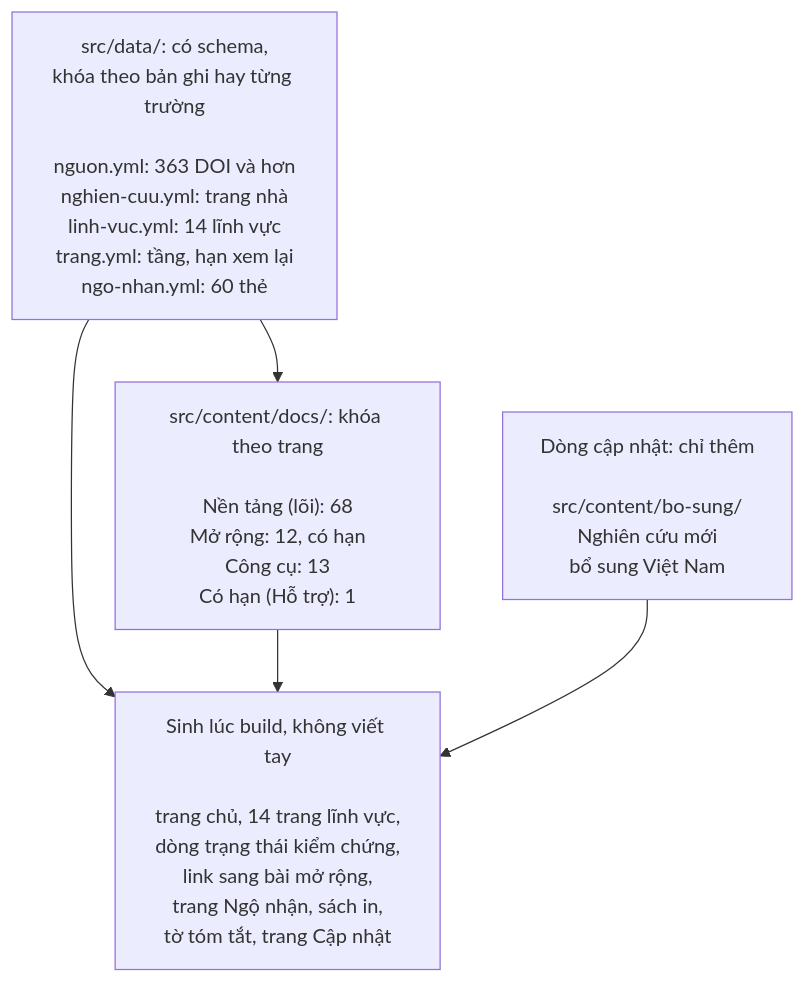
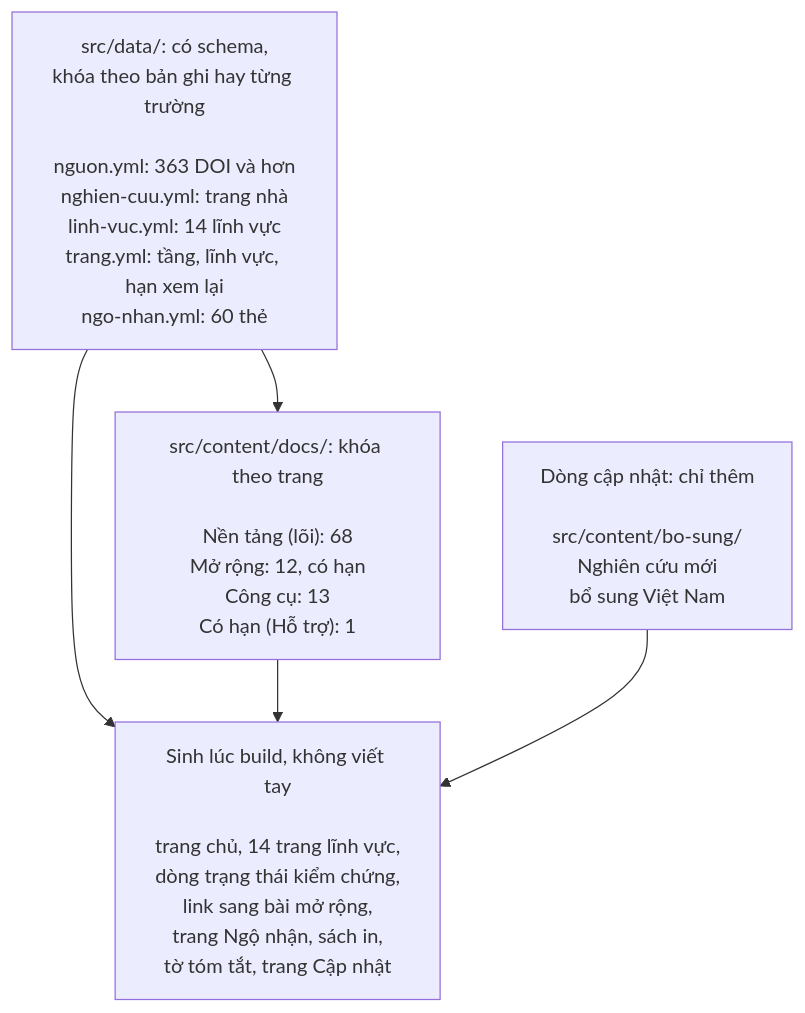
The fifth of 6 diagrams in plans/lam-lai/so-do.md (mtuann/psyche), drawn with Mermaid before and after one commit. The commit also changed 35 other files, not shown here.

First line of the commit message:
D1.2: dữ liệu và schema (5 bộ trong src/data/, kiểm chéo, bộ hỏng mẫu); chốt bố cục C với màu lĩnh vực của B

````diff
--- a/plans/lam-lai/so-do.md
+++ b/plans/lam-lai/so-do.md
@@ -74,11 +74,11 @@
 ```mermaid
 flowchart TB
-  DATA["src/data/: có schema,<br/>khóa theo bản ghi hay từng trường<br/><br/>nguon.yml: 363 DOI và hơn<br/>nghien-cuu.yml: trang nhà<br/>linh-vuc.yml: 14 lĩnh vực<br/>trang.yml: tầng, hạn xem lại<br/>ngo-nhan.yml: 60 thẻ"]
+  DATA["src/data/: có schema,<br/>khóa theo bản ghi hay từng trường<br/><br/>nguon.yml: 363 DOI và hơn<br/>nghien-cuu.yml: trang nhà<br/>linh-vuc.yml: 14 lĩnh vực<br/>trang.yml: tầng, lĩnh vực, hạn xem lại<br/>ngo-nhan.yml: 60 thẻ"]
   PAGES["src/content/docs/: khóa theo trang<br/><br/>Nền tảng (lõi): 68<br/>Mở rộng: 12, có hạn<br/>Công cụ: 13<br/>Có hạn (Hỗ trợ): 1"]
   ADD["Dòng cập nhật: chỉ thêm<br/><br/>src/content/bo-sung/<br/>Nghiên cứu mới<br/>bổ sung Việt Nam"]
   GEN["Sinh lúc build, không viết tay<br/><br/>trang chủ, 14 trang lĩnh vực,<br/>dòng trạng thái kiểm chứng,<br/>link sang bài mở rộng,<br/>trang Ngộ nhận, sách in,<br/>tờ tóm tắt, trang Cập nhật"]
   DATA --> PAGES
   DATA --> GEN
   PAGES --> GEN
   ADD --> GEN
 ```
````
